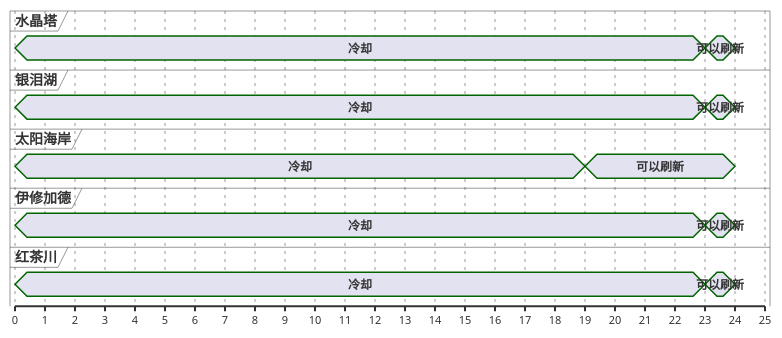
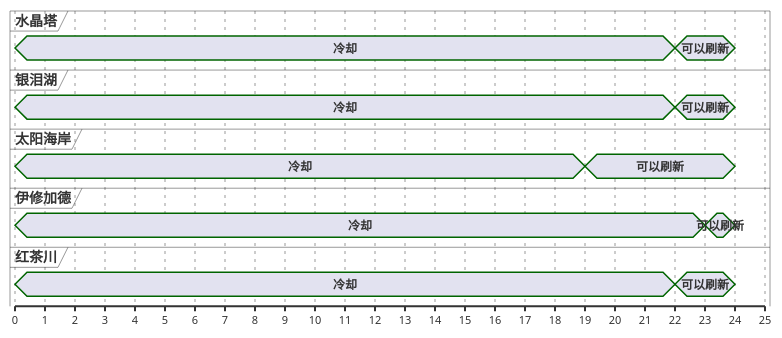
The fourth of 13 diagrams in ffxiv/hunt/2.0/Chernobog.md (Eroleice/doc-pi), drawn with PlantUML before and after one commit. The commit also changed other lines of this file and 38 other files, not shown here.

````diff
--- a/ffxiv/hunt/2.0/Chernobog.md
+++ b/ffxiv/hunt/2.0/Chernobog.md
@@ -201,37 +201,37 @@
 ```plantuml
 @startuml
 scale 1 as 30 pixels
 
 concise 水晶塔
 concise 银泪湖
 concise 太阳海岸
 concise 伊修加德
 concise 红茶川
 
 @太阳海岸
 0 is 冷却
 19 is 可以刷新
 24 is {hidden}
 
 @银泪湖
 0 is 冷却
-23 is 可以刷新
+22 is 可以刷新
 24 is {hidden}
 
 @水晶塔
 0 is 冷却
-23 is 可以刷新
+22 is 可以刷新
 24 is {hidden}
 
 @红茶川
 0 is 冷却
-23 is 可以刷新
+22 is 可以刷新
 24 is {hidden}
 
 @伊修加德
 0 is 冷却
 23 is 可以刷新
 24 is {hidden}
 
 @enduml
 ```
````
